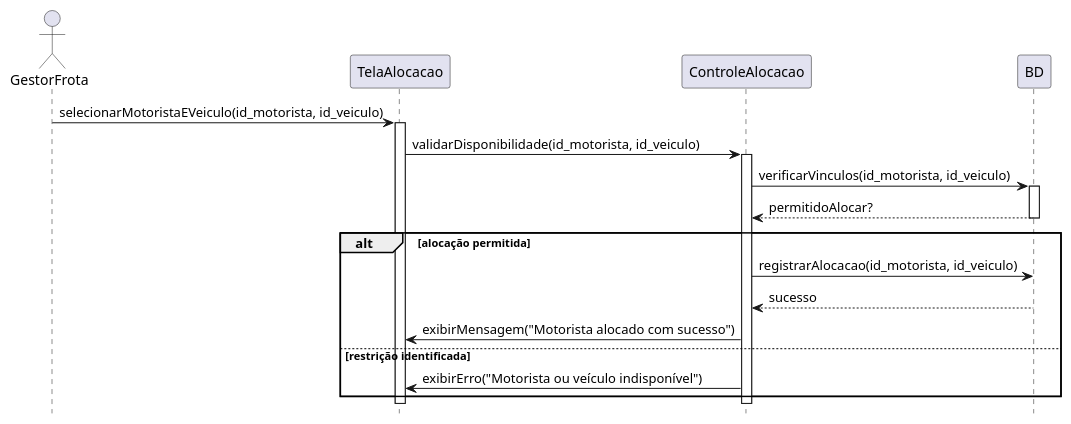
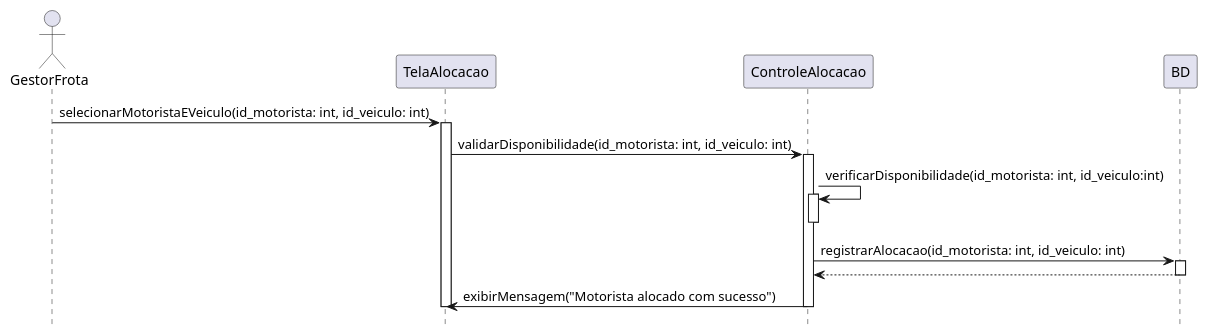
One commit to Pollyanadias/Sistema-de-Gerenciamento-de-Frotas changed the diagram in Gerenciamento de Frotas/Diagramas de Sequencias/Alocar Motoristas.iuml. Above: the diagram before and after it, drawn with PlantUML.

Commit message:
Update Alocar Motoristas.iuml

```diff
--- a/Gerenciamento de Frotas/Diagramas de Sequencias/Alocar Motoristas.iuml
+++ b/Gerenciamento de Frotas/Diagramas de Sequencias/Alocar Motoristas.iuml
@@ -1,32 +1,31 @@
-@startuml "Alocar Motoristas"
+@startuml "Alocar Motorista"
 hide footbox
 
 actor GestorFrota as gestor_ator
 participant TelaAlocacao as tela_alocacao
 participant ControleAlocacao as controle_alocacao
 participant BD as bd
 
-gestor_ator -> tela_alocacao: selecionarMotoristaEVeiculo(id_motorista, id_veiculo)
+gestor_ator -> tela_alocacao: selecionarMotoristaEVeiculo(id_motorista: int, id_veiculo: int)
 activate tela_alocacao
 
-tela_alocacao -> controle_alocacao: validarDisponibilidade(id_motorista, id_veiculo)
+tela_alocacao -> controle_alocacao: validarDisponibilidade(id_motorista: int, id_veiculo: int)
 activate controle_alocacao
 
-controle_alocacao -> bd: verificarVinculos(id_motorista, id_veiculo)
+controle_alocacao -> controle_alocacao: verificarDisponibilidade(id_motorista: int, id_veiculo:int)
+activate controle_alocacao
+
+deactivate controle_alocacao
+
+controle_alocacao -> bd: registrarAlocacao(id_motorista: int, id_veiculo: int)
 activate bd
 
-bd --> controle_alocacao: permitidoAlocar?
+bd --> controle_alocacao
+
 deactivate bd
 
-alt alocação permitida
-controle_alocacao -> bd: registrarAlocacao(id_motorista, id_veiculo)
-bd --> controle_alocacao: sucesso
 controle_alocacao -> tela_alocacao: exibirMensagem("Motorista alocado com sucesso")
-else restrição identificada
-controle_alocacao -> tela_alocacao: exibirErro("Motorista ou veículo indisponível")
-end
-
 deactivate controle_alocacao
 
 deactivate tela_alocacao
 @enduml
```
